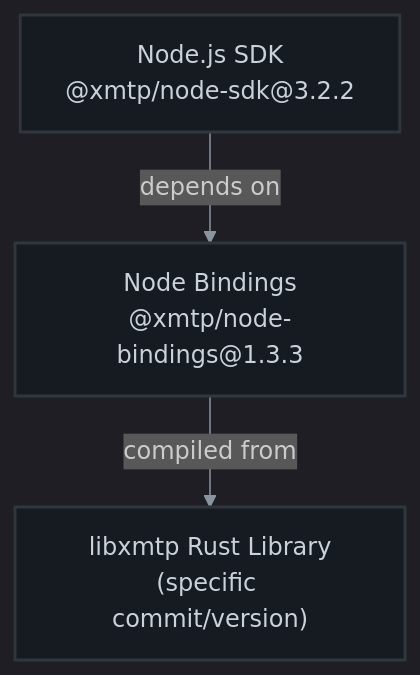
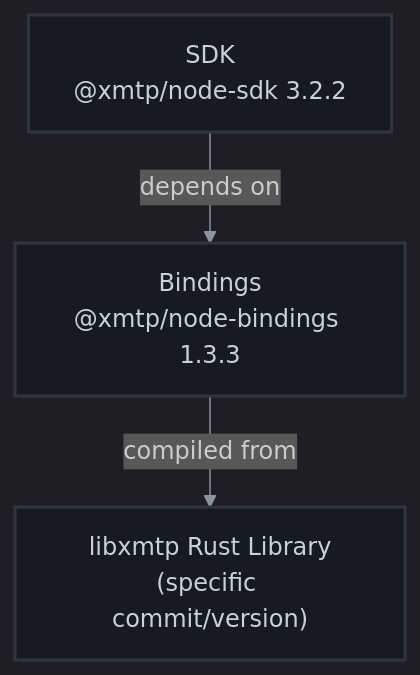
One commit to xmtp/xmtp-qa-tools changed the diagram in docs/version-management.md. Above: the diagram before and after it, drawn with Mermaid.

Commit message:
Clarify SDK and bindings naming in documentation

````diff
--- a/docs/version-management.md
+++ b/docs/version-management.md
@@ -7,13 +7,13 @@
 ```mermaid
 %%{init: {'theme': 'dark', 'themeVariables': { 'primaryColor': '#0D1117', 'primaryTextColor': '#c9d1d9', 'primaryBorderColor': '#30363d', 'lineColor': '#8b949e', 'secondaryColor': '#161b22', 'tertiaryColor': '#161b22' }}}%%
 
 flowchart TD
-  nodeSDK["Node.js SDK<br/>@xmtp/node-sdk@3.2.2"]
-  nodeBindings["Node Bindings<br/>@xmtp/node-bindings@1.3.3"]
+  nodeSDK["SDK<br/>@xmtp/node-sdk 3.2.2"]
+  nodeBindings["Bindings<br/>@xmtp/node-bindings 1.3.3"]
   libxmtp["libxmtp Rust Library<br/>(specific commit/version)"]
 
   nodeSDK --> |depends on| nodeBindings
   nodeBindings --> |compiled from| libxmtp
 
   classDef default fill:#161b22,stroke:#30363d,stroke-width:2px,color:#c9d1d9;
 ```
````
